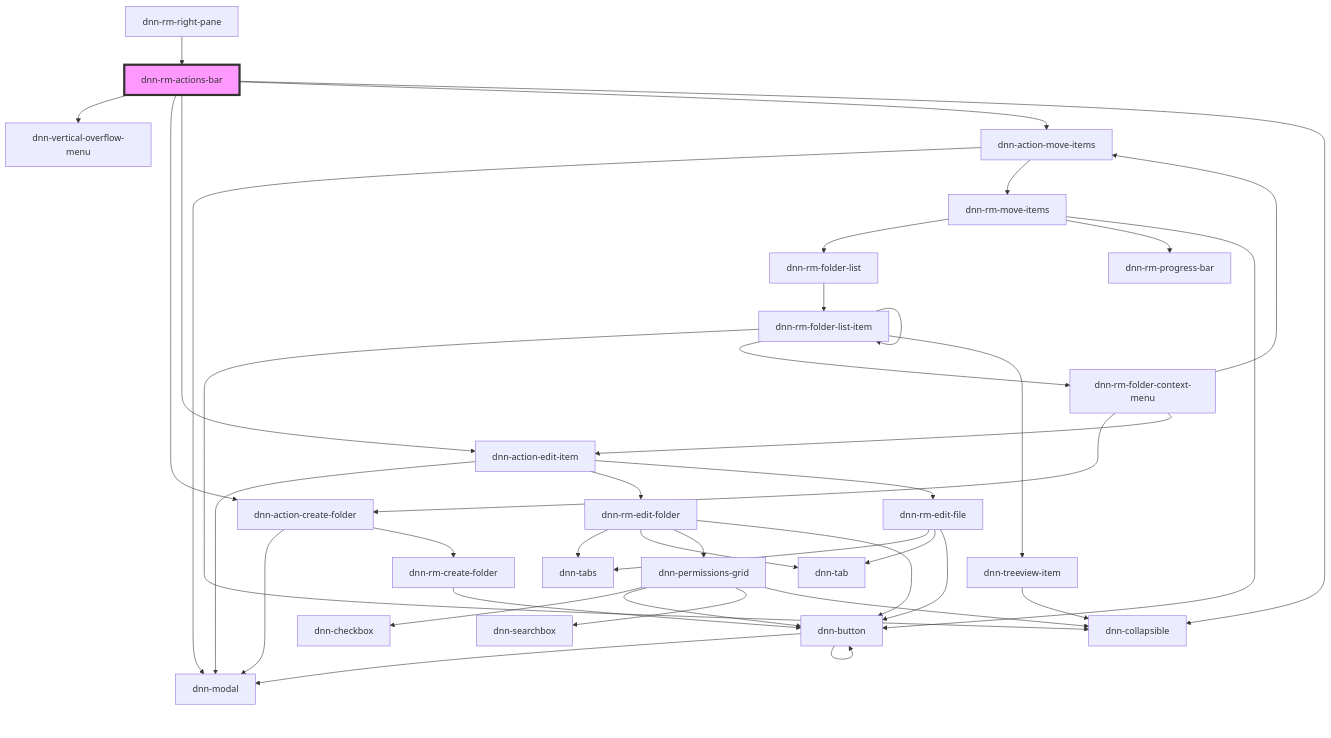
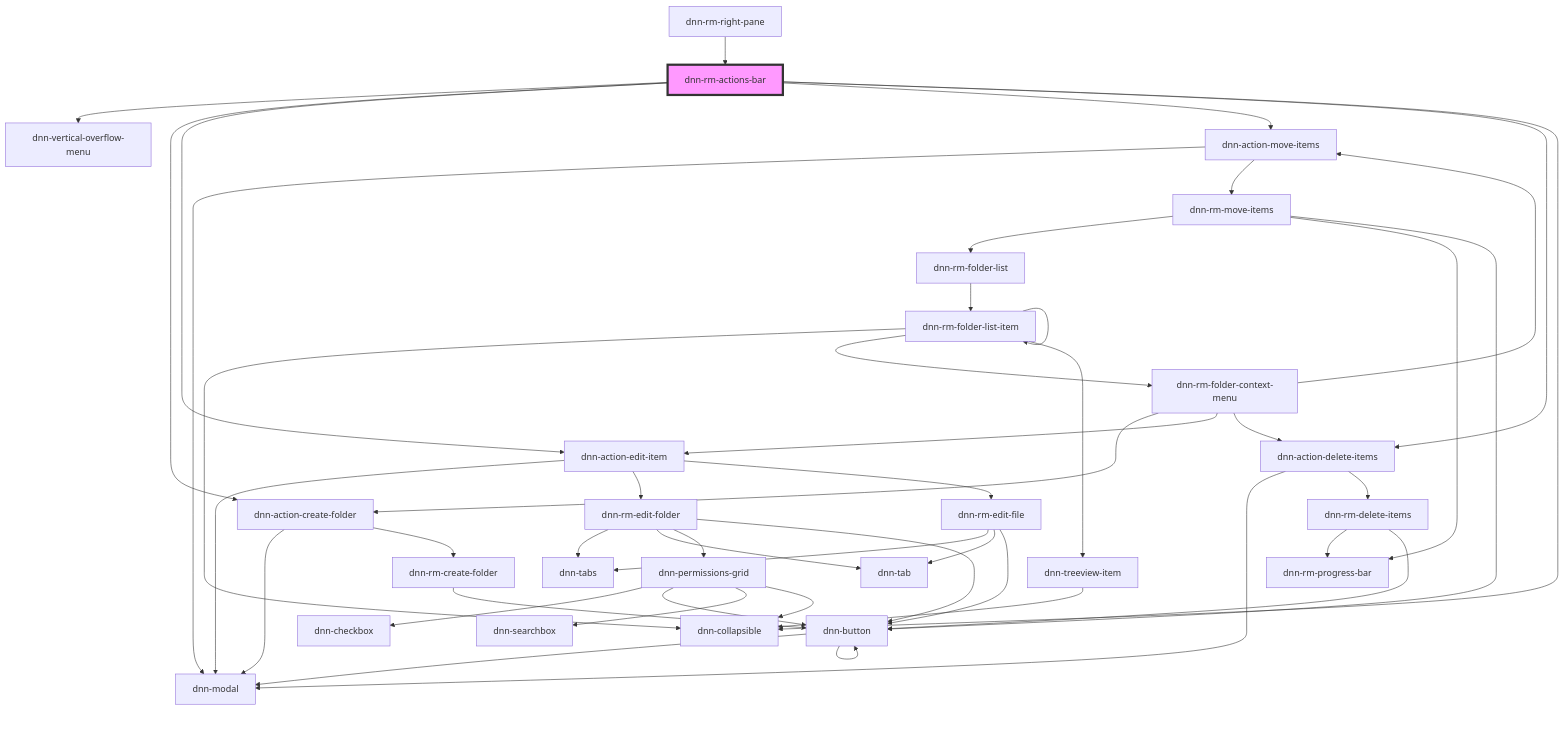
The diagram in DNN Platform/Modules/ResourceManager/ResourceManager.Web/src/components/dnn-rm-actions-bar/readme.md (dnnsoftware/Dnn.Platform), drawn with Mermaid before and after one commit. The commit also changed other lines of this file and 23 other files, not shown here.

````diff
--- a/DNN Platform/Modules/ResourceManager/ResourceManager.Web/src/components/dnn-rm-actions-bar/readme.md
+++ b/DNN Platform/Modules/ResourceManager/ResourceManager.Web/src/components/dnn-rm-actions-bar/readme.md
@@ -23,43 +24,49 @@
 ```mermaid
 graph TD;
   dnn-rm-actions-bar --> dnn-vertical-overflow-menu
   dnn-rm-actions-bar --> dnn-action-create-folder
   dnn-rm-actions-bar --> dnn-action-edit-item
   dnn-rm-actions-bar --> dnn-action-move-items
+  dnn-rm-actions-bar --> dnn-action-delete-items
   dnn-rm-actions-bar --> dnn-collapsible
   dnn-action-create-folder --> dnn-modal
   dnn-action-create-folder --> dnn-rm-create-folder
   dnn-rm-create-folder --> dnn-button
   dnn-button --> dnn-modal
   dnn-button --> dnn-button
   dnn-action-edit-item --> dnn-modal
   dnn-action-edit-item --> dnn-rm-edit-folder
   dnn-action-edit-item --> dnn-rm-edit-file
   dnn-rm-edit-folder --> dnn-tabs
   dnn-rm-edit-folder --> dnn-tab
   dnn-rm-edit-folder --> dnn-permissions-grid
   dnn-rm-edit-folder --> dnn-button
   dnn-permissions-grid --> dnn-checkbox
   dnn-permissions-grid --> dnn-button
   dnn-permissions-grid --> dnn-searchbox
   dnn-permissions-grid --> dnn-collapsible
   dnn-rm-edit-file --> dnn-tabs
   dnn-rm-edit-file --> dnn-tab
   dnn-rm-edit-file --> dnn-button
   dnn-action-move-items --> dnn-modal
   dnn-action-move-items --> dnn-rm-move-items
   dnn-rm-move-items --> dnn-rm-folder-list
   dnn-rm-move-items --> dnn-rm-progress-bar
   dnn-rm-move-items --> dnn-button
   dnn-rm-folder-list --> dnn-rm-folder-list-item
   dnn-rm-folder-list-item --> dnn-collapsible
   dnn-rm-folder-list-item --> dnn-rm-folder-context-menu
   dnn-rm-folder-list-item --> dnn-treeview-item
   dnn-rm-folder-list-item --> dnn-rm-folder-list-item
   dnn-rm-folder-context-menu --> dnn-action-create-folder
   dnn-rm-folder-context-menu --> dnn-action-edit-item
   dnn-rm-folder-context-menu --> dnn-action-move-items
+  dnn-rm-folder-context-menu --> dnn-action-delete-items
+  dnn-action-delete-items --> dnn-modal
+  dnn-action-delete-items --> dnn-rm-delete-items
+  dnn-rm-delete-items --> dnn-rm-progress-bar
+  dnn-rm-delete-items --> dnn-button
   dnn-treeview-item --> dnn-collapsible
   dnn-rm-right-pane --> dnn-rm-actions-bar
   style dnn-rm-actions-bar fill:#f9f,stroke:#333,stroke-width:4px
 ```
````
